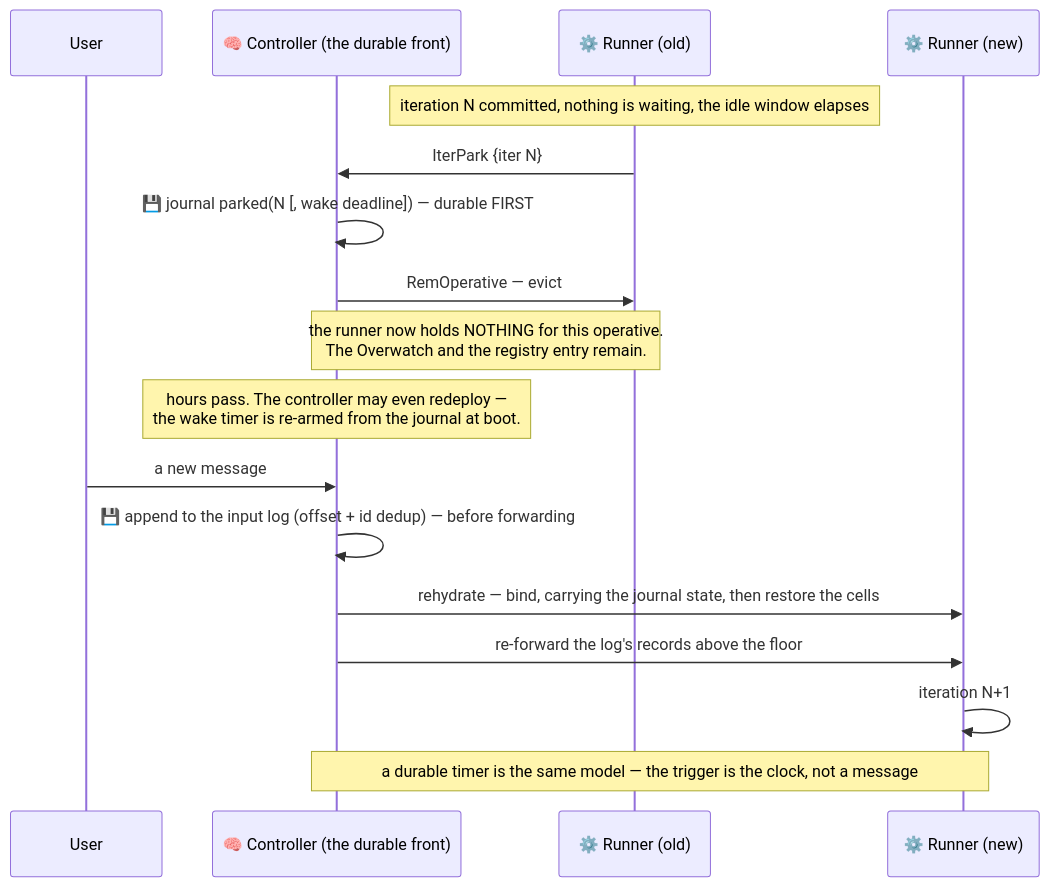
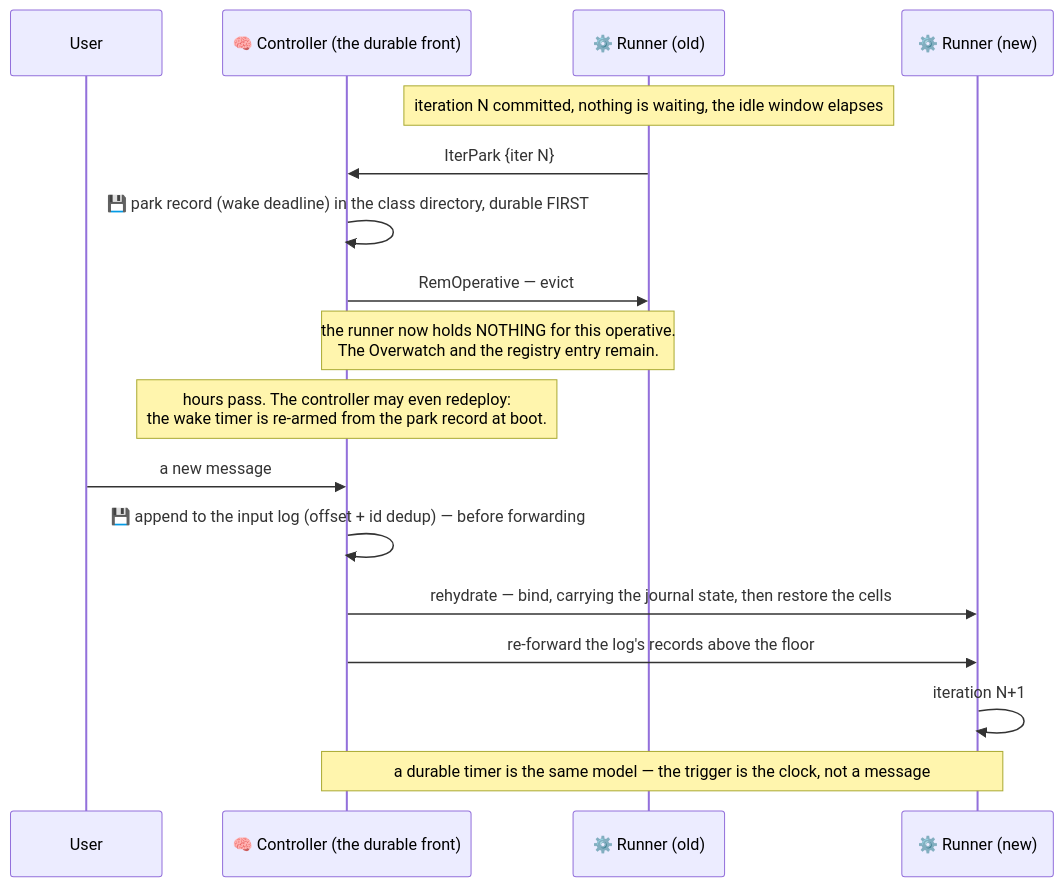
The seventh of 8 diagrams in docs/architecture/workflow_profile.md (Flezha/flezha), drawn with Mermaid before and after one commit. The commit also changed other lines of this file and 105 other files, not shown here.

````diff
--- a/docs/architecture/workflow_profile.md
+++ b/docs/architecture/workflow_profile.md
@@ -347,22 +349,22 @@
 ```mermaid
 sequenceDiagram
     participant USER as User
     participant CTRL as 🧠 Controller (the durable front)
     participant EX1 as ⚙️ Runner (old)
     participant EX2 as ⚙️ Runner (new)
 
     Note over EX1: iteration N committed, nothing is waiting, the idle window elapses
     EX1->>CTRL: IterPark {iter N}
-    CTRL->>CTRL: 💾 journal parked(N [, wake deadline]) — durable FIRST
+    CTRL->>CTRL: 💾 park record (wake deadline) in the class directory, durable FIRST
     CTRL->>EX1: RemOperative — evict
     Note over CTRL,EX1: the runner now holds NOTHING for this operative.<br/>The Overwatch and the registry entry remain.
 
-    Note over CTRL: hours pass. The controller may even redeploy —<br/>the wake timer is re-armed from the journal at boot.
+    Note over CTRL: hours pass. The controller may even redeploy:<br/>the wake timer is re-armed from the park record at boot.
 
     USER->>CTRL: a new message
     CTRL->>CTRL: 💾 append to the input log (offset + id dedup) — before forwarding
     CTRL->>EX2: rehydrate — bind, carrying the journal state, then restore the cells
     CTRL->>EX2: re-forward the log's records above the floor
     EX2->>EX2: iteration N+1
     Note over CTRL,EX2: a durable timer is the same model — the trigger is the clock, not a message
 ```
````
